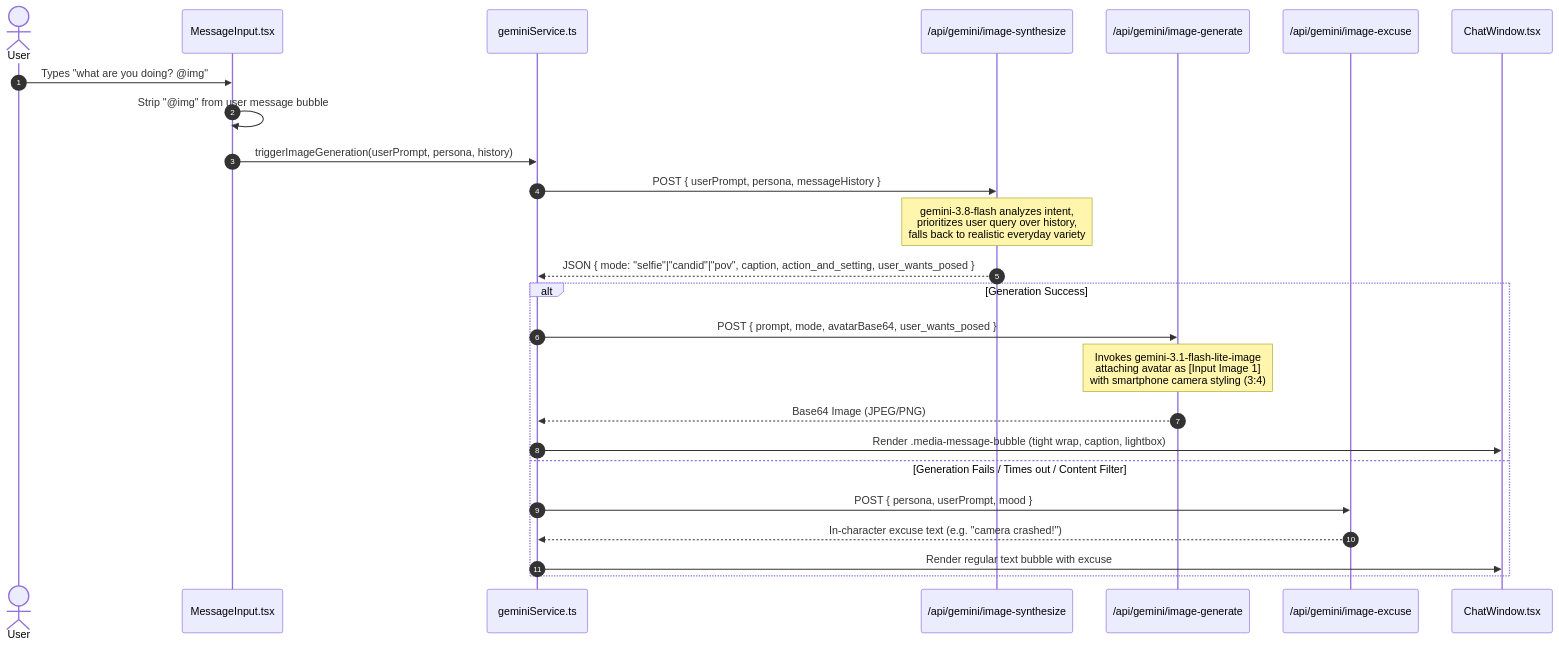
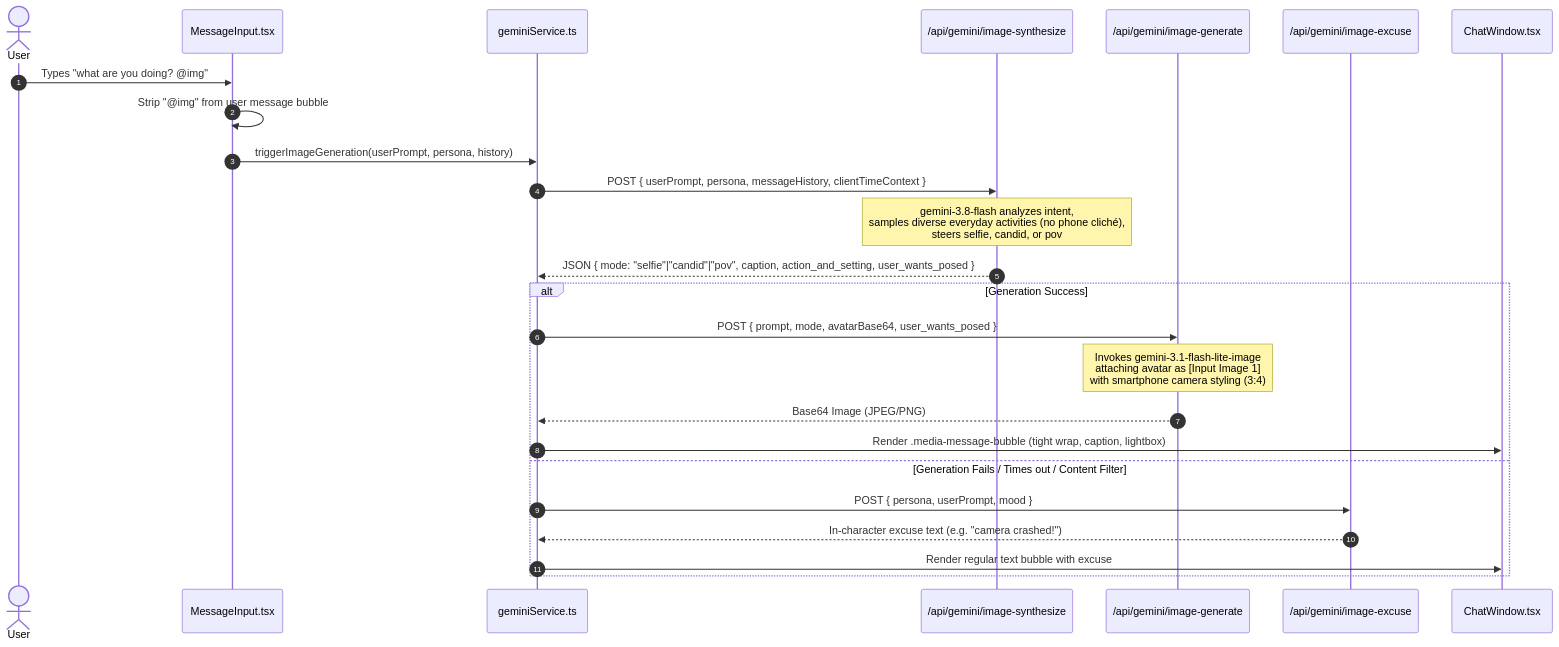
Before and after one commit to sobiswriter/Wassap: the second of 5 diagrams in architecture.md, drawn with Mermaid. The commit also changed other lines of this file and 5 other files, not shown here.

````diff
--- a/architecture.md
+++ b/architecture.md
@@ -50,29 +52,29 @@
 ```mermaid
 sequenceDiagram
     autonumber
     actor User
     participant Input as MessageInput.tsx
     participant Service as geminiService.ts
     participant Synthesizer as /api/gemini/image-synthesize
     participant Generator as /api/gemini/image-generate
     participant Excuse as /api/gemini/image-excuse
     participant Chat as ChatWindow.tsx
 
     User->>Input: Types "what are you doing? @img"
     Input->>Input: Strip "@img" from user message bubble
     Input->>Service: triggerImageGeneration(userPrompt, persona, history)
-    Service->>Synthesizer: POST { userPrompt, persona, messageHistory }
-    Note over Synthesizer: gemini-3.8-flash analyzes intent,<br/>prioritizes user query over history,<br/>falls back to realistic everyday variety
+    Service->>Synthesizer: POST { userPrompt, persona, messageHistory, clientTimeContext }
+    Note over Synthesizer: gemini-3.8-flash analyzes intent,<br/>samples diverse everyday activities (no phone cliché),<br/>steers selfie, candid, or pov
     Synthesizer-->>Service: JSON { mode: "selfie"|"candid"|"pov", caption, action_and_setting, user_wants_posed }
     
     alt Generation Success
         Service->>Generator: POST { prompt, mode, avatarBase64, user_wants_posed }
         Note over Generator: Invokes gemini-3.1-flash-lite-image<br/>attaching avatar as [Input Image 1]<br/>with smartphone camera styling (3:4)
         Generator-->>Service: Base64 Image (JPEG/PNG)
         Service->>Chat: Render .media-message-bubble (tight wrap, caption, lightbox)
     else Generation Fails / Times out / Content Filter
         Service->>Excuse: POST { persona, userPrompt, mood }
         Excuse-->>Service: In-character excuse text (e.g. "camera crashed!")
         Service->>Chat: Render regular text bubble with excuse
     end
 ```
````
